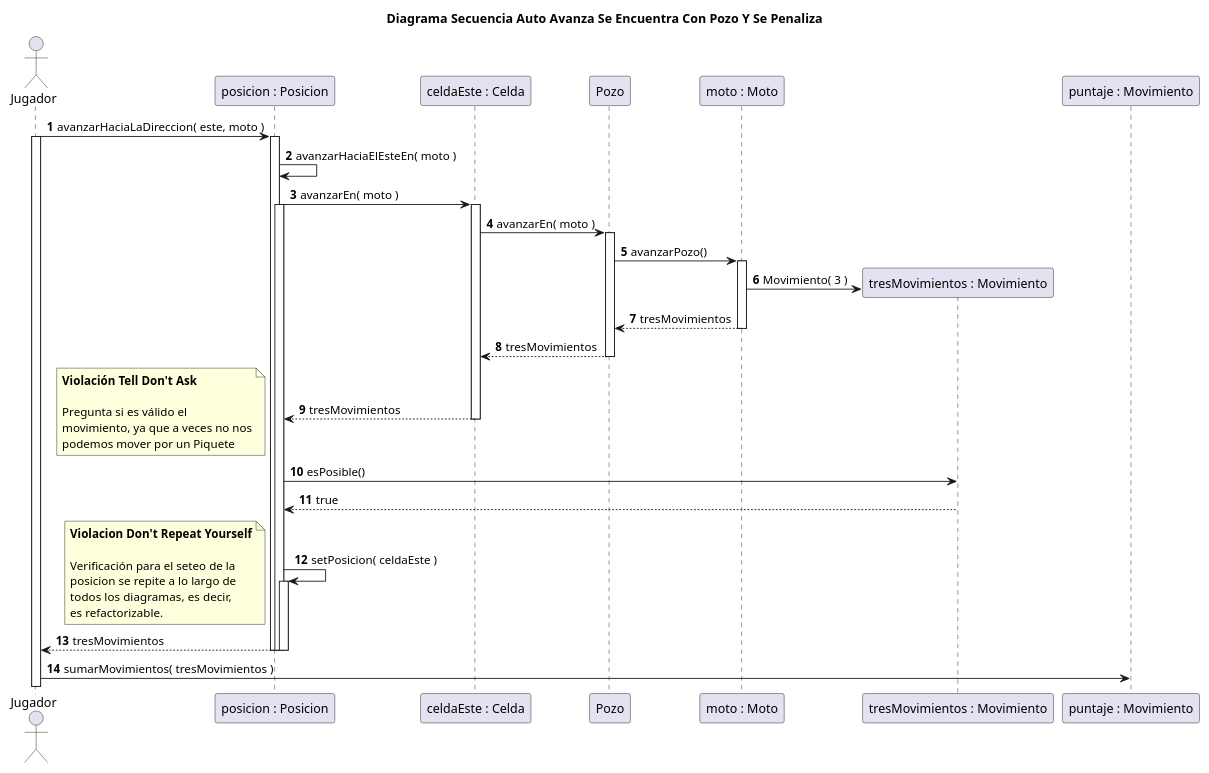
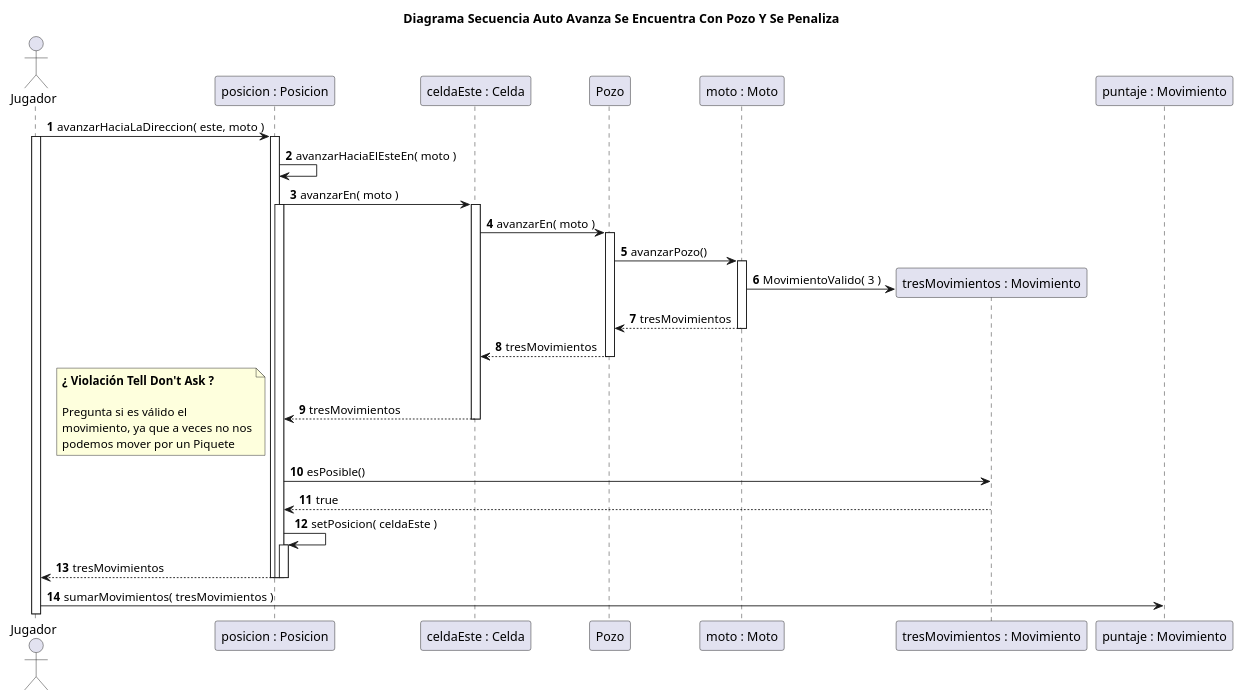
Before and after one commit to rodrigovzq/algo3_tp2: the diagram in diagrams/borradores/DiagramaSecuenciaCasoConPozoEnAuto.puml, drawn with PlantUML. The commit also changed 6 other files, not shown here.

Commit message:
Actualizacion de los diagramas

```diff
--- a/diagrams/borradores/DiagramaSecuenciaCasoConPozoEnAuto.puml
+++ b/diagrams/borradores/DiagramaSecuenciaCasoConPozoEnAuto.puml
@@ -1,55 +1,46 @@
 @startuml
 title Diagrama Secuencia Auto Avanza Se Encuentra Con Pozo Y Se Penaliza
 
 autonumber
 
 actor Jugador
 
 Jugador -> "posicion : Posicion"++: avanzarHaciaLaDireccion( este, moto )
 
 activate Jugador
 "posicion : Posicion" -> "posicion : Posicion": avanzarHaciaElEsteEn( moto )
 
 "posicion : Posicion" -> "celdaEste : Celda"++: avanzarEn( moto )
 
 activate "posicion : Posicion"
 "celdaEste : Celda" -> Pozo++: avanzarEn( moto )
 Pozo -> "moto : Moto"++: avanzarPozo()
 create "tresMovimientos : Movimiento"
-"moto : Moto" -> "tresMovimientos : Movimiento": Movimiento( 3 )
+"moto : Moto" -> "tresMovimientos : Movimiento": MovimientoValido( 3 )
 "moto : Moto" --> Pozo: tresMovimientos
 deactivate "moto : Moto"
 Pozo --> "celdaEste : Celda": tresMovimientos
 deactivate Pozo
 "celdaEste : Celda" --> "posicion : Posicion": tresMovimientos
 deactivate "celdaEste : Celda"
 
 note left
-**Violación Tell Don't Ask**
+**¿ Violación Tell Don't Ask ?**
 
 Pregunta si es válido el
 movimiento, ya que a veces no nos
 podemos mover por un Piquete
 end note
 
 "tresMovimientos : Movimiento" <- "posicion : Posicion": esPosible()
 "tresMovimientos : Movimiento" --> "posicion : Posicion": true
 deactivate "tresMovimientos : Movimiento"
 
 "posicion : Posicion" -> "posicion : Posicion"++: setPosicion( celdaEste )
 
-note left
-**Violacion Don't Repeat Yourself**
-
-Verificación para el seteo de la
-posicion se repite a lo largo de
-todos los diagramas, es decir,
-es refactorizable.
-end note
-
 "posicion : Posicion" --> Jugador--: tresMovimientos
 deactivate "posicion : Posicion"
 deactivate "posicion : Posicion"
 Jugador -> "puntaje : Movimiento": sumarMovimientos( tresMovimientos )
 
 @enduml
```
